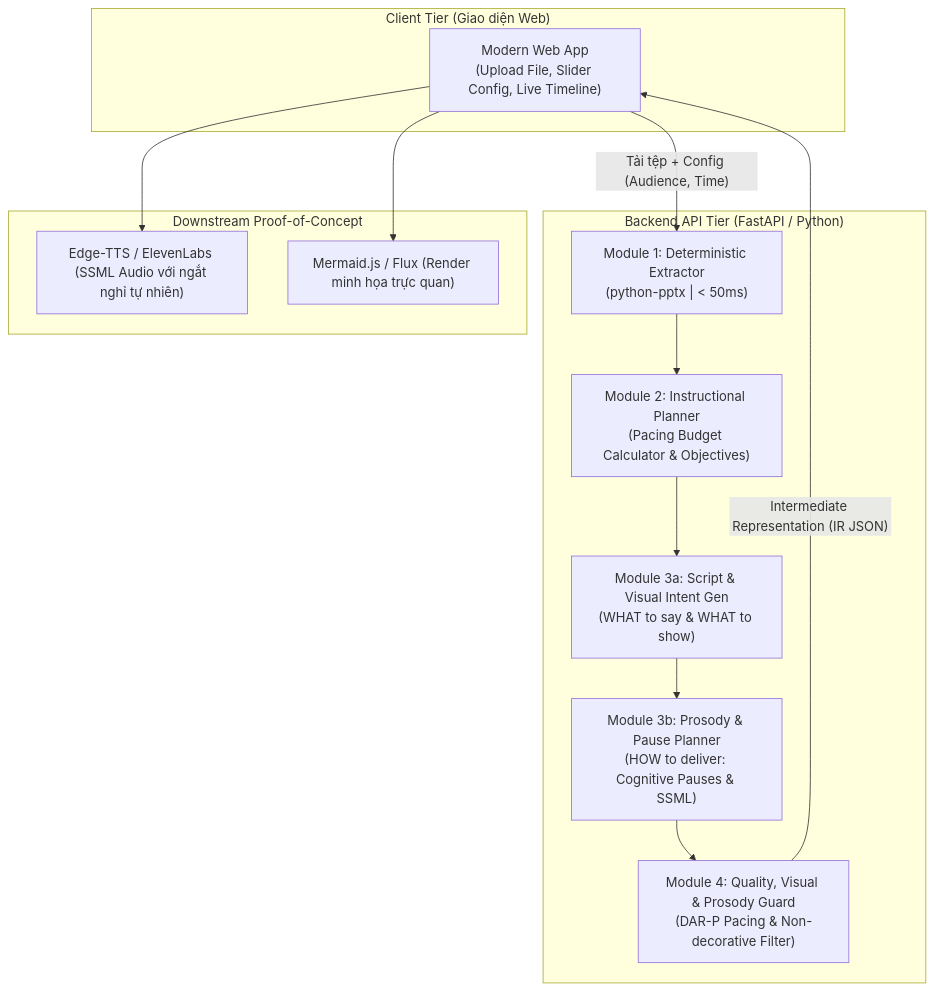
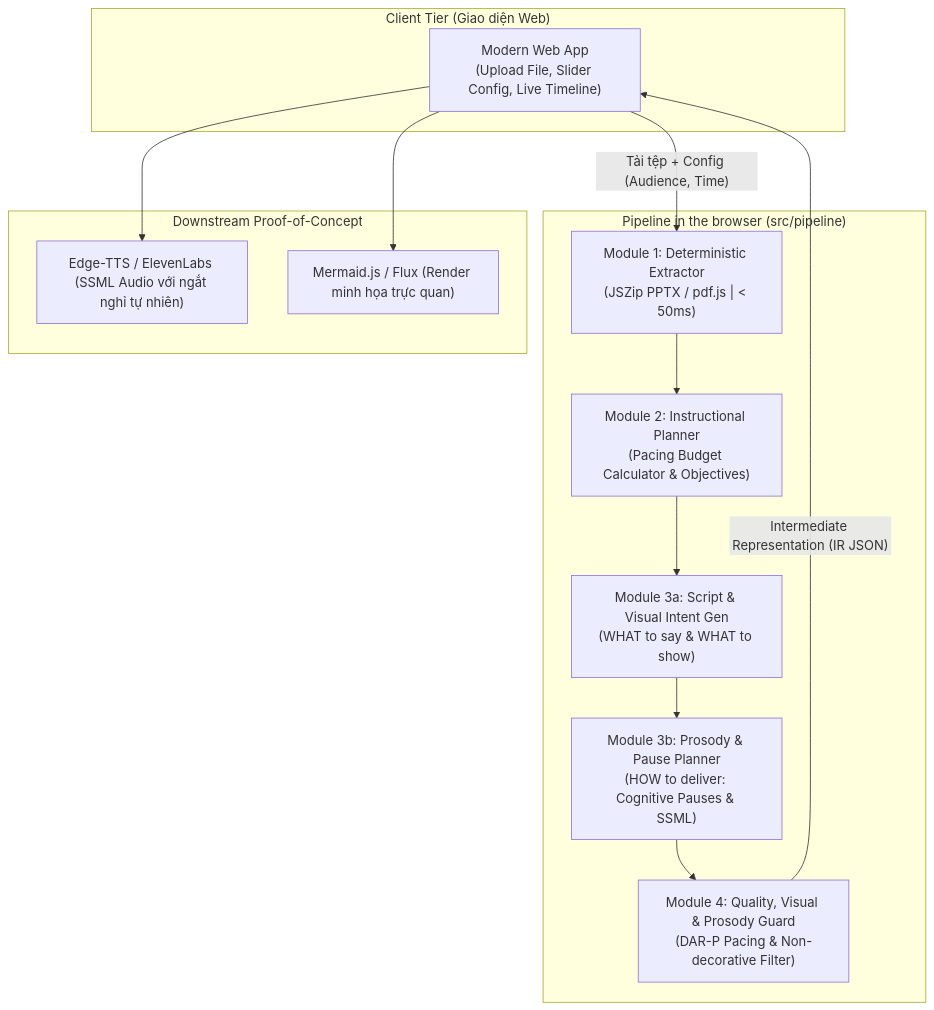
One commit to mingruanc99/20K-MiniHackathon-sudo changed the second of 2 diagrams in docs/guides/HACKATHON_PLAYBOOK.md. Above: the diagram before and after it, drawn with Mermaid. The commit also changed 218 other files, not shown here.

````diff
--- a/docs/guides/HACKATHON_PLAYBOOK.md
+++ b/docs/guides/HACKATHON_PLAYBOOK.md
@@ -110,25 +110,25 @@
 ```mermaid
 flowchart TD
     subgraph Client["Client Tier (Giao diện Web)"]
         UI["Modern Web App<br/>(Upload File, Slider Config, Live Timeline)"]
     end
 
-    subgraph Server["Backend API Tier (FastAPI / Python)"]
-        M1["Module 1: Deterministic Extractor<br/>(python-pptx | < 50ms)"]
+    subgraph Server["Pipeline in the browser (src/pipeline)"]
+        M1["Module 1: Deterministic Extractor<br/>(JSZip PPTX / pdf.js | < 50ms)"]
         M2["Module 2: Instructional Planner<br/>(Pacing Budget Calculator & Objectives)"]
         M3a["Module 3a: Script & Visual Intent Gen<br/>(WHAT to say & WHAT to show)"]
         M3b["Module 3b: Prosody & Pause Planner<br/>(HOW to deliver: Cognitive Pauses & SSML)"]
         M4["Module 4: Quality, Visual & Prosody Guard<br/>(DAR-P Pacing & Non-decorative Filter)"]
     end
 
     subgraph DownstreamMock["Downstream Proof-of-Concept"]
         TTS["Edge-TTS / ElevenLabs (SSML Audio với ngắt nghỉ tự nhiên)"]
         VisualEngine["Mermaid.js / Flux (Render minh họa trực quan)"]
     end
 
     UI -->|"Tải tệp + Config (Audience, Time)"| M1
     M1 --> M2 --> M3a --> M3b --> M4
     M4 -->|"Intermediate Representation (IR JSON)"| UI
     UI --> TTS
     UI --> VisualEngine
 ```
````
